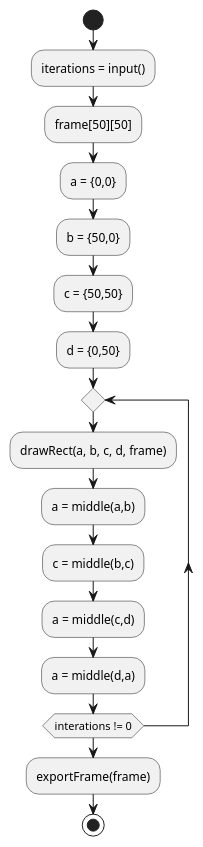
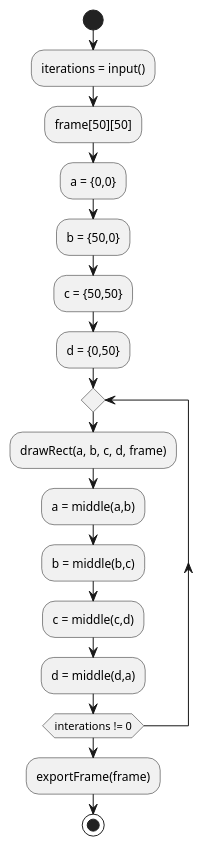
The diagram in algorithm.wsd (Maytastico/Linus-PE-2022), drawn with PlantUML before and after one commit. The commit also changed 8 other files, not shown here.

Commit message:
added uml diagram

```diff
--- a/algorithm.wsd
+++ b/algorithm.wsd
@@ -1,20 +1,20 @@
 @startuml
 start
 :iterations = input();
 :frame[50][50];
 :a = {0,0}; 
 :b = {50,0};
 :c = {50,50};
 :d = {0,50};
 
 repeat
     :drawRect(a, b, c, d, frame);
     :a = middle(a,b);
-    :c = middle(b,c);
-    :a = middle(c,d);
-    :a = middle(d,a);
+    :b = middle(b,c);
+    :c = middle(c,d);
+    :d = middle(d,a);
 repeat while (interations != 0)
 
 :exportFrame(frame);
 stop
 @enduml
```
